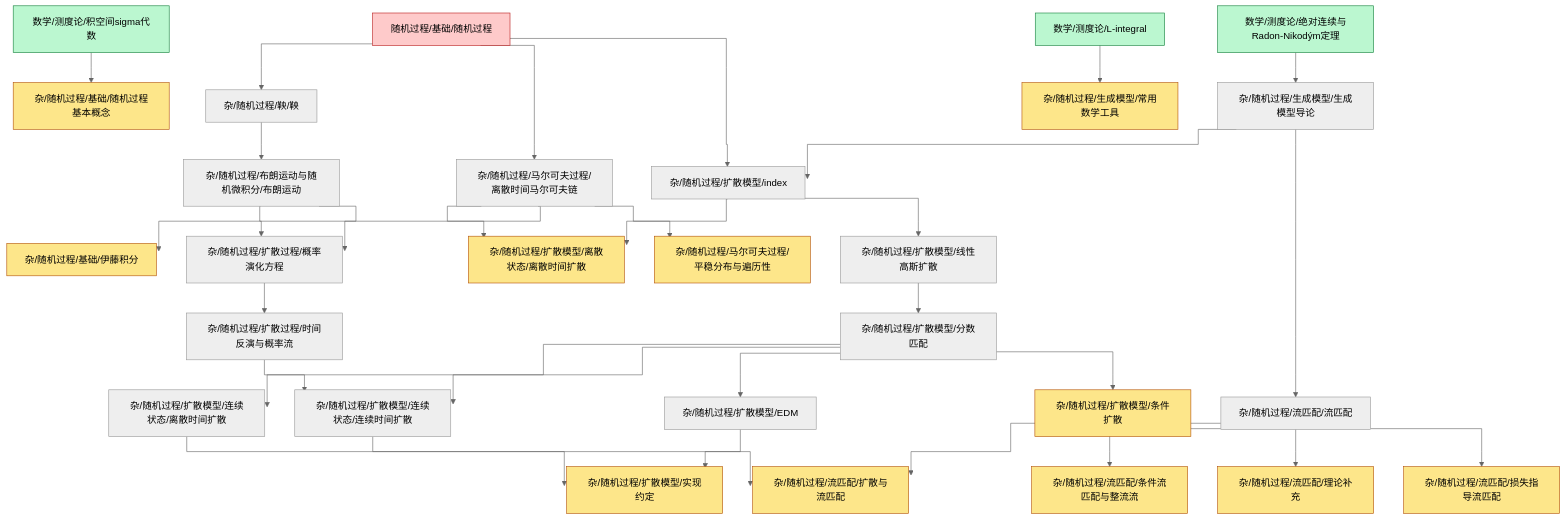
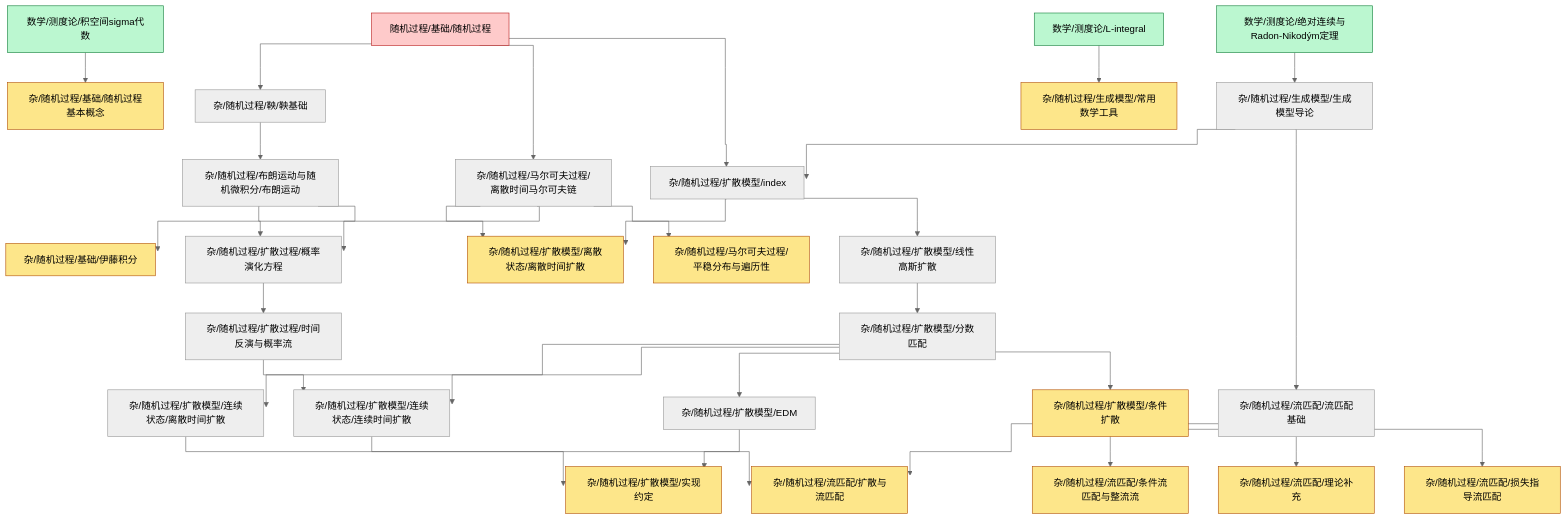
Before and after one commit to zeroDtree/zeroDtree.github.io: the diagram in content/杂/随机过程/dependency_graph.md, drawn with Mermaid (neutral theme). The commit also changed 14 other files, not shown here.

Commit message:
Refactor dependency graphs in the "随机过程" section to replace "流匹配" with "流匹配基础". Updated references across multiple files to ensure consistency and clarity in the documentation. Introduced new files for "流匹配基础" and "鞅基础" to enhance the structure and accessibility of related concepts.

````diff
--- a/content/杂/随机过程/dependency_graph.md
+++ b/content/杂/随机过程/dependency_graph.md
@@ -1,68 +1,68 @@
 ```mermaid
 %%{init: {'flowchart': {'curve': 'stepAfter'}}}%%
 graph TD
-1["杂/随机过程/流匹配/流匹配"] --> 0["杂/随机过程/流匹配/损失指导流匹配"]
-1["杂/随机过程/流匹配/流匹配"] --> 2["杂/随机过程/流匹配/理论补充"]
-1["杂/随机过程/流匹配/流匹配"] --> 3["杂/随机过程/流匹配/条件流匹配与整流流"]
-5["杂/随机过程/扩散模型/连续状态/连续时间扩散"] --> 4["杂/随机过程/流匹配/扩散与流匹配"]
-1["杂/随机过程/流匹配/流匹配"] --> 4["杂/随机过程/流匹配/扩散与流匹配"]
-6["杂/随机过程/生成模型/生成模型导论"] --> 1["杂/随机过程/流匹配/流匹配"]
+1["杂/随机过程/流匹配/流匹配基础"] --> 0["杂/随机过程/流匹配/损失指导流匹配"]
+1["杂/随机过程/流匹配/流匹配基础"] --> 2["杂/随机过程/流匹配/理论补充"]
+1["杂/随机过程/流匹配/流匹配基础"] --> 3["杂/随机过程/流匹配/条件流匹配与整流流"]
+4["杂/随机过程/生成模型/生成模型导论"] --> 1["杂/随机过程/流匹配/流匹配基础"]
+6["杂/随机过程/扩散模型/连续状态/连续时间扩散"] --> 5["杂/随机过程/流匹配/扩散与流匹配"]
+1["杂/随机过程/流匹配/流匹配基础"] --> 5["杂/随机过程/流匹配/扩散与流匹配"]
 8["杂/随机过程/扩散模型/连续状态/离散时间扩散"] --> 7["杂/随机过程/扩散模型/实现约定"]
 9["杂/随机过程/扩散模型/EDM"] --> 7["杂/随机过程/扩散模型/实现约定"]
 11["杂/随机过程/扩散模型/index"] --> 10["杂/随机过程/扩散模型/线性高斯扩散"]
 13["杂/随机过程/扩散模型/分数匹配"] --> 12["杂/随机过程/扩散模型/条件扩散"]
 10["杂/随机过程/扩散模型/线性高斯扩散"] --> 13["杂/随机过程/扩散模型/分数匹配"]
 14["随机过程/基础/随机过程"] --> 11["杂/随机过程/扩散模型/index"]
-6["杂/随机过程/生成模型/生成模型导论"] --> 11["杂/随机过程/扩散模型/index"]
+4["杂/随机过程/生成模型/生成模型导论"] --> 11["杂/随机过程/扩散模型/index"]
 13["杂/随机过程/扩散模型/分数匹配"] --> 9["杂/随机过程/扩散模型/EDM"]
 14["随机过程/基础/随机过程"] --> 15["杂/随机过程/马尔可夫过程/离散时间马尔可夫链"]
 15["杂/随机过程/马尔可夫过程/离散时间马尔可夫链"] --> 16["杂/随机过程/马尔可夫过程/平稳分布与遍历性"]
 18["数学/测度论/积空间sigma代数"] --> 17["杂/随机过程/基础/随机过程基本概念"]
 20["杂/随机过程/布朗运动与随机微积分/布朗运动"] --> 19["杂/随机过程/基础/伊藤积分"]
-21["杂/随机过程/鞅/鞅"] --> 20["杂/随机过程/布朗运动与随机微积分/布朗运动"]
-14["随机过程/基础/随机过程"] --> 21["杂/随机过程/鞅/鞅"]
-22["数学/测度论/绝对连续与Radon-Nikodým定理"] --> 6["杂/随机过程/生成模型/生成模型导论"]
+21["杂/随机过程/鞅/鞅基础"] --> 20["杂/随机过程/布朗运动与随机微积分/布朗运动"]
+14["随机过程/基础/随机过程"] --> 21["杂/随机过程/鞅/鞅基础"]
+22["数学/测度论/绝对连续与Radon-Nikodým定理"] --> 4["杂/随机过程/生成模型/生成模型导论"]
 24["数学/测度论/L-integral"] --> 23["杂/随机过程/生成模型/常用数学工具"]
 15["杂/随机过程/马尔可夫过程/离散时间马尔可夫链"] --> 25["杂/随机过程/扩散过程/概率演化方程"]
 20["杂/随机过程/布朗运动与随机微积分/布朗运动"] --> 25["杂/随机过程/扩散过程/概率演化方程"]
 25["杂/随机过程/扩散过程/概率演化方程"] --> 26["杂/随机过程/扩散过程/时间反演与概率流"]
-13["杂/随机过程/扩散模型/分数匹配"] --> 5["杂/随机过程/扩散模型/连续状态/连续时间扩散"]
-26["杂/随机过程/扩散过程/时间反演与概率流"] --> 5["杂/随机过程/扩散模型/连续状态/连续时间扩散"]
+13["杂/随机过程/扩散模型/分数匹配"] --> 6["杂/随机过程/扩散模型/连续状态/连续时间扩散"]
+26["杂/随机过程/扩散过程/时间反演与概率流"] --> 6["杂/随机过程/扩散模型/连续状态/连续时间扩散"]
 13["杂/随机过程/扩散模型/分数匹配"] --> 8["杂/随机过程/扩散模型/连续状态/离散时间扩散"]
 11["杂/随机过程/扩散模型/index"] --> 27["杂/随机过程/扩散模型/离散状态/离散时间扩散"]
 15["杂/随机过程/马尔可夫过程/离散时间马尔可夫链"] --> 27["杂/随机过程/扩散模型/离散状态/离散时间扩散"]
 classDef leaf fill:#fde68a,stroke:#b45309
-class 0,2,3,4,7,12,16,17,19,23,27 leaf
+class 0,2,3,5,7,12,16,17,19,23,27 leaf
 classDef externalRoot fill:#fecaca,stroke:#b91c1c
 class 14 externalRoot
 classDef foundationRoot fill:#bbf7d0,stroke:#15803d
 class 18,22,24 foundationRoot
 click 0 "/杂/随机过程/流匹配/损失指导流匹配" "杂/随机过程/流匹配/损失指导流匹配"
-click 1 "/杂/随机过程/流匹配/流匹配" "杂/随机过程/流匹配/流匹配"
+click 1 "/杂/随机过程/流匹配/流匹配基础" "杂/随机过程/流匹配/流匹配基础"
 click 2 "/杂/随机过程/流匹配/理论补充" "杂/随机过程/流匹配/理论补充"
 click 3 "/杂/随机过程/流匹配/条件流匹配与整流流" "杂/随机过程/流匹配/条件流匹配与整流流"
-click 4 "/杂/随机过程/流匹配/扩散与流匹配" "杂/随机过程/流匹配/扩散与流匹配"
-click 5 "/杂/随机过程/扩散模型/连续状态/连续时间扩散" "杂/随机过程/扩散模型/连续状态/连续时间扩散"
-click 6 "/杂/随机过程/生成模型/生成模型导论" "杂/随机过程/生成模型/生成模型导论"
+click 4 "/杂/随机过程/生成模型/生成模型导论" "杂/随机过程/生成模型/生成模型导论"
+click 5 "/杂/随机过程/流匹配/扩散与流匹配" "杂/随机过程/流匹配/扩散与流匹配"
+click 6 "/杂/随机过程/扩散模型/连续状态/连续时间扩散" "杂/随机过程/扩散模型/连续状态/连续时间扩散"
 click 7 "/杂/随机过程/扩散模型/实现约定" "杂/随机过程/扩散模型/实现约定"
 click 8 "/杂/随机过程/扩散模型/连续状态/离散时间扩散" "杂/随机过程/扩散模型/连续状态/离散时间扩散"
 click 9 "/杂/随机过程/扩散模型/edm" "杂/随机过程/扩散模型/EDM"
 click 10 "/杂/随机过程/扩散模型/线性高斯扩散" "杂/随机过程/扩散模型/线性高斯扩散"
 click 11 "/杂/随机过程/扩散模型/index" "杂/随机过程/扩散模型/index"
 click 12 "/杂/随机过程/扩散模型/条件扩散" "杂/随机过程/扩散模型/条件扩散"
 click 13 "/杂/随机过程/扩散模型/分数匹配" "杂/随机过程/扩散模型/分数匹配"
 click 14 "/随机过程/基础/随机过程" "随机过程/基础/随机过程"
 click 15 "/杂/随机过程/马尔可夫过程/离散时间马尔可夫链" "杂/随机过程/马尔可夫过程/离散时间马尔可夫链"
 click 16 "/杂/随机过程/马尔可夫过程/平稳分布与遍历性" "杂/随机过程/马尔可夫过程/平稳分布与遍历性"
 click 17 "/杂/随机过程/基础/随机过程基本概念" "杂/随机过程/基础/随机过程基本概念"
 click 18 "/数学/测度论/积空间sigma代数" "数学/测度论/积空间sigma代数"
 click 19 "/杂/随机过程/基础/伊藤积分" "杂/随机过程/基础/伊藤积分"
 click 20 "/杂/随机过程/布朗运动与随机微积分/布朗运动" "杂/随机过程/布朗运动与随机微积分/布朗运动"
-click 21 "/杂/随机过程/鞅/鞅" "杂/随机过程/鞅/鞅"
+click 21 "/杂/随机过程/鞅/鞅基础" "杂/随机过程/鞅/鞅基础"
 click 22 "/数学/测度论/绝对连续与radon-nikodým定理" "数学/测度论/绝对连续与Radon-Nikodým定理"
 click 23 "/杂/随机过程/生成模型/常用数学工具" "杂/随机过程/生成模型/常用数学工具"
 click 24 "/数学/测度论/l-integral" "数学/测度论/L-integral"
 click 25 "/杂/随机过程/扩散过程/概率演化方程" "杂/随机过程/扩散过程/概率演化方程"
 click 26 "/杂/随机过程/扩散过程/时间反演与概率流" "杂/随机过程/扩散过程/时间反演与概率流"
 click 27 "/杂/随机过程/扩散模型/离散状态/离散时间扩散" "杂/随机过程/扩散模型/离散状态/离散时间扩散"
 ```
````
